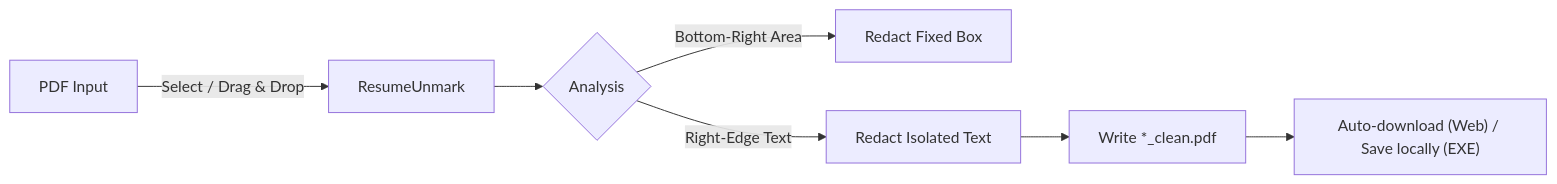
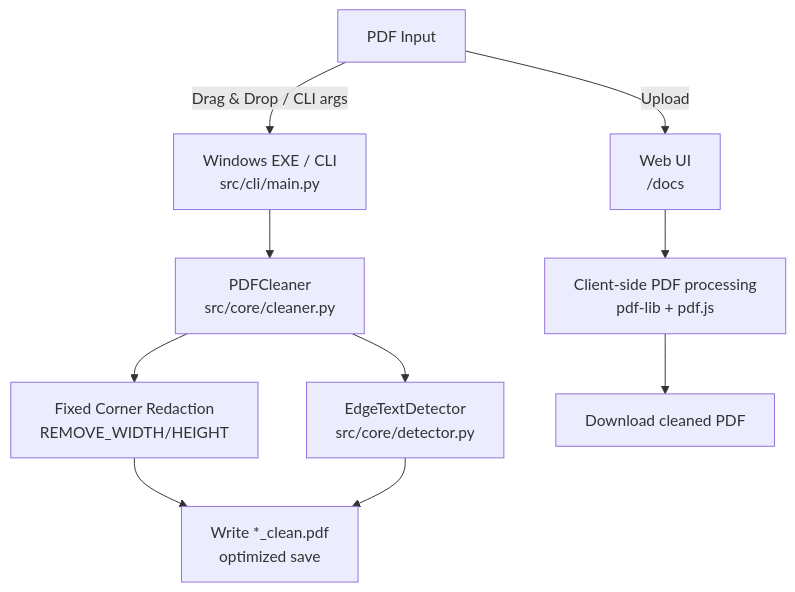
One commit to Patruxs/ResumeUnmark changed the diagram in README.md. Above: the diagram before and after it, drawn with Mermaid. The commit also changed other lines of this file, not shown here.

Commit message:
docs: rewrite README with architecture and CI usage

````diff
--- a/README.md
+++ b/README.md
@@ -25,9 +77,14 @@
 ```mermaid
-flowchart LR
-A[PDF Input] -->|Select / Drag & Drop| B[ResumeUnmark]
-B --> C{Analysis}
-C -->|Bottom-Right Area| D[Redact Fixed Box]
-C -->|Right-Edge Text| E[Redact Isolated Text]
-E --> F["Write *_clean.pdf"]
-F --> G["Auto-download (Web) / Save locally (EXE)"]
+flowchart TD
+  A[PDF Input] -->|Drag & Drop / CLI args| B[Windows EXE / CLI\nsrc/cli/main.py]
+  A -->|Upload| C[Web UI\n/docs]
+
+  B --> D[PDFCleaner\nsrc/core/cleaner.py]
+  D --> E[Fixed Corner Redaction\nREMOVE_WIDTH/HEIGHT]
+  D --> F[EdgeTextDetector\nsrc/core/detector.py]
+  E --> G[Write *_clean.pdf\noptimized save]
+  F --> G
+
+  C --> H[Client-side PDF processing\npdf-lib + pdf.js]
+  H --> I[Download cleaned PDF]
 ```
````
